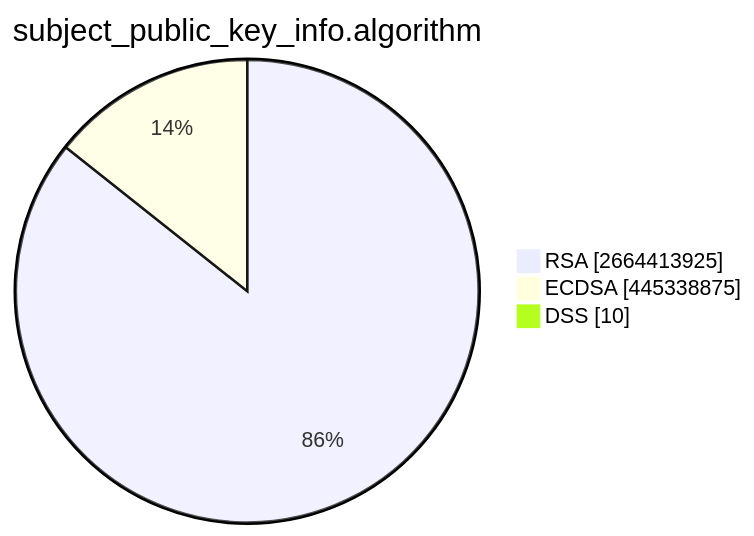
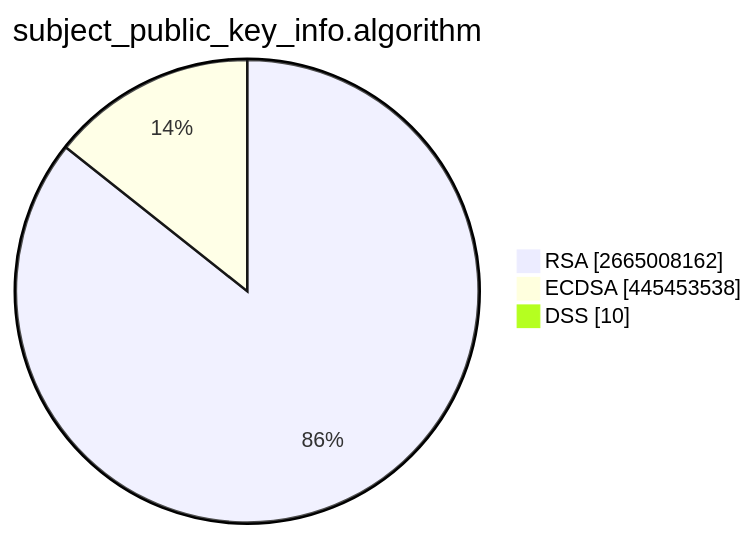
The second of 15 diagrams in TOTAL/README.md (christiankrug/ctmonitor_visualization), drawn with Mermaid before and after one commit. The commit also changed other lines of this file, not shown here.

````diff
--- a/TOTAL/README.md
+++ b/TOTAL/README.md
@@ -6,7 +6,7 @@
 ```mermaid
 pie showData
 title subject_public_key_info.algorithm
-"RSA" :2664413925
-"ECDSA" :445338875
+"RSA" :2665008162
+"ECDSA" :445453538
 "DSS" :10
 ```
````
